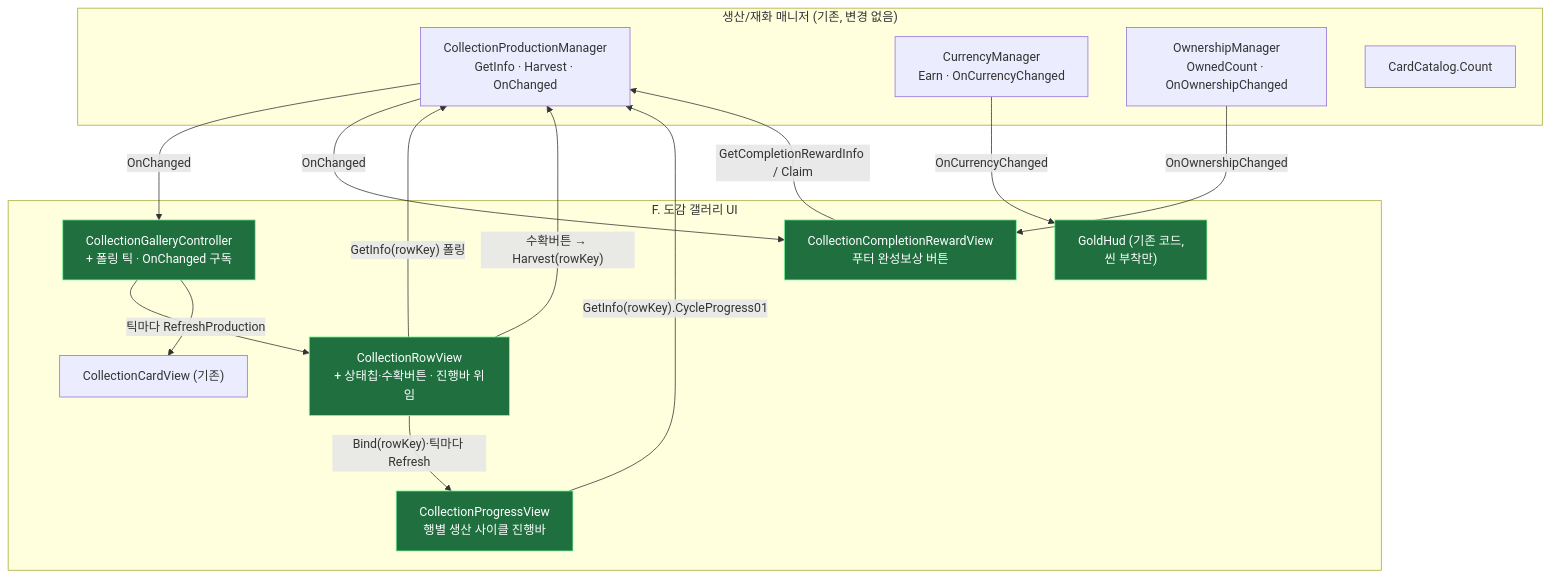
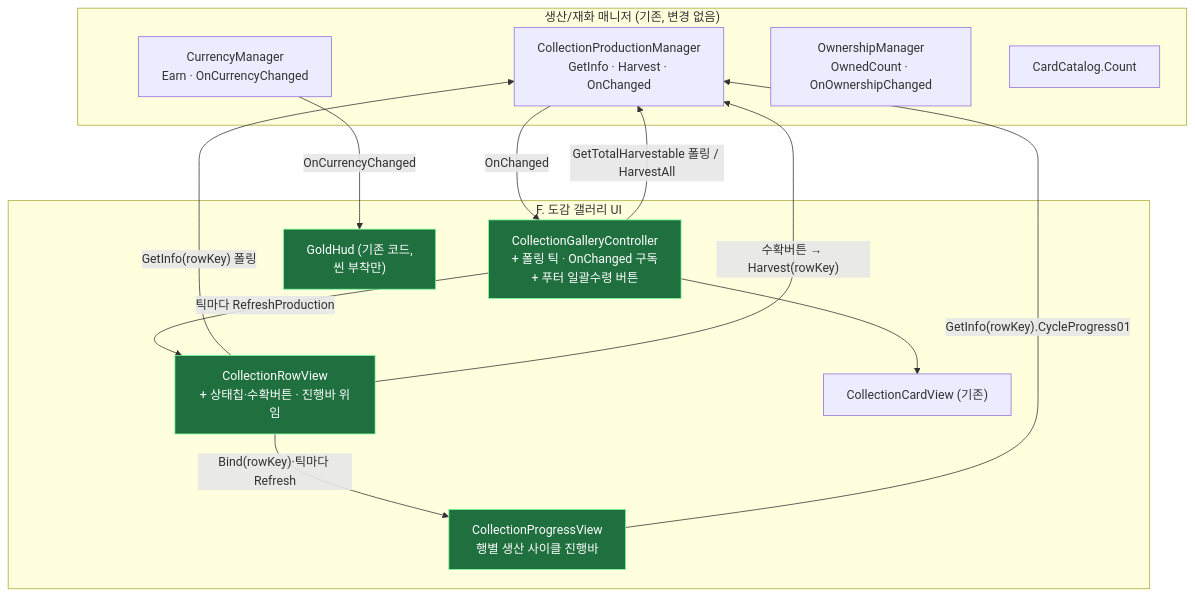
The third of 18 diagrams in docs/OutGamePlan/STRUCTURE.md (hspark-maker/TeamfightTCG_Migriation), drawn with Mermaid before and after one commit. The commit also changed other lines of this file and 32 other files, not shown here.

````diff
--- a/docs/OutGamePlan/STRUCTURE.md
+++ b/docs/OutGamePlan/STRUCTURE.md
@@ -159,32 +161,29 @@
 ```mermaid
 flowchart TD
     subgraph mgr["생산/재화 매니저 (기존, 변경 없음)"]
         PROD["CollectionProductionManager<br/>GetInfo · Harvest · OnChanged"]
         CUR["CurrencyManager<br/>Earn · OnCurrencyChanged"]
         OWN["OwnershipManager<br/>OwnedCount · OnOwnershipChanged"]
         CAT["CardCatalog.Count"]
     end
 
     subgraph ui["F. 도감 갤러리 UI"]
-        GAL["CollectionGalleryController<br/>+ 폴링 틱 · OnChanged 구독"]:::new
+        GAL["CollectionGalleryController<br/>+ 폴링 틱 · OnChanged 구독<br/>+ 푸터 일괄수령 버튼"]:::new
         RV["CollectionRowView<br/>+ 상태칩·수확버튼 · 진행바 위임"]:::new
         CV["CollectionCardView (기존)"]
         PV["CollectionProgressView<br/>행별 생산 사이클 진행바"]:::new
-        CR["CollectionCompletionRewardView<br/>푸터 완성보상 버튼"]:::new
         HUD["GoldHud (기존 코드,<br/>씬 부착만)"]:::new
     end
 
     GAL -->|"틱마다 RefreshProduction"| RV
     RV -->|"GetInfo(rowKey) 폴링"| PROD
     RV -->|"수확버튼 → Harvest(rowKey)"| PROD
     PROD -->|"OnChanged"| GAL
     GAL --> CV
     RV -->|"Bind(rowKey)·틱마다 Refresh"| PV
     PV -->|"GetInfo(rowKey).CycleProgress01"| PROD
-    CR -->|"GetCompletionRewardInfo / Claim"| PROD
-    PROD -->|"OnChanged"| CR
-    OWN -->|"OnOwnershipChanged"| CR
+    GAL -->|"GetTotalHarvestable 폴링 / HarvestAll"| PROD
     CUR -->|"OnCurrencyChanged"| HUD
 
     classDef new fill:#1f6f3f,stroke:#7CFC9E,color:#fff;
 ```
````
